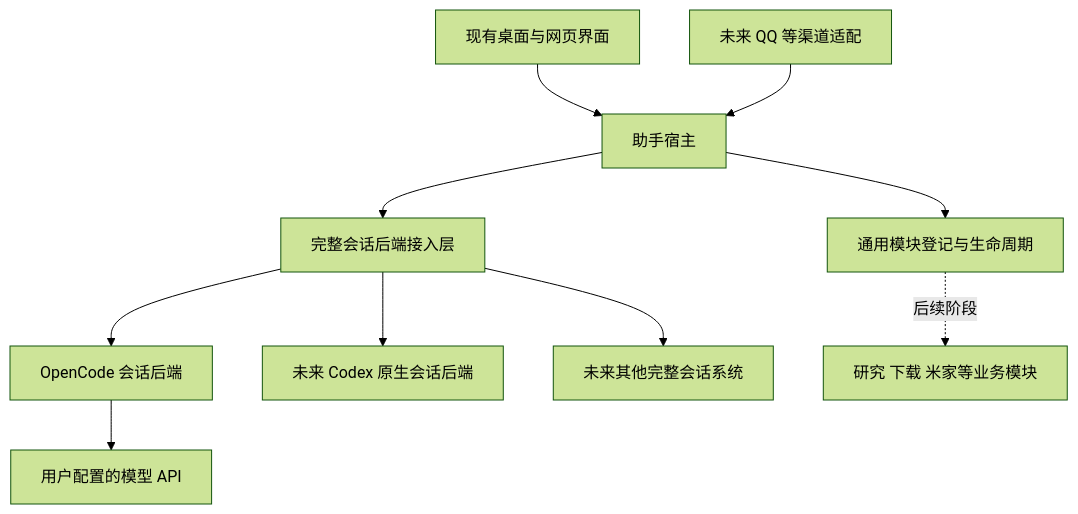
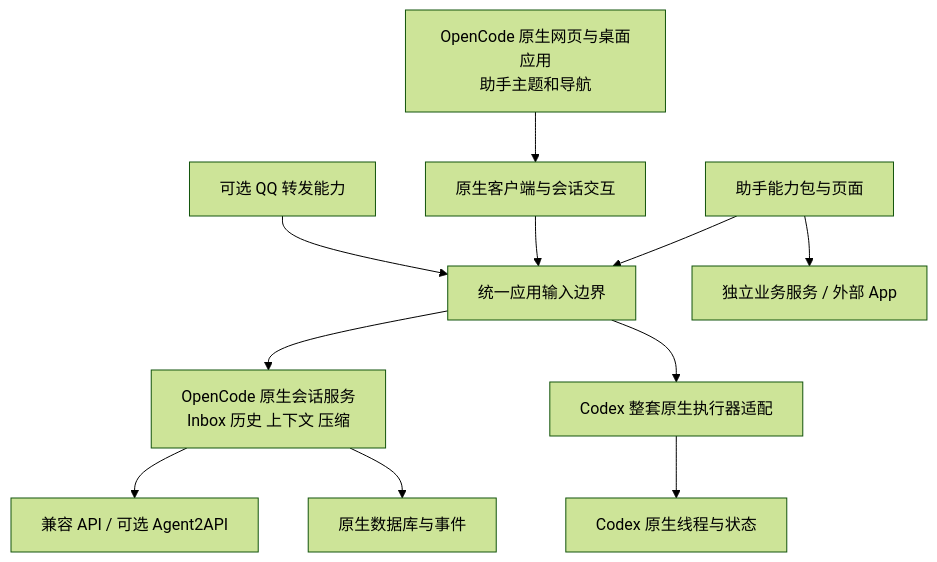
The diagram in docs/architecture/重构方案.md (Assumine/IM-Assistant), drawn with Mermaid (forest theme) before and after one commit. The commit also changed other lines of this file and 35 other files, not shown here.

Commit message:
Rebase architecture plan on the complete OpenCode application

````diff
--- a/docs/architecture/重构方案.md
+++ b/docs/architecture/重构方案.md
@@ -43,12 +39,13 @@
 ```mermaid
 flowchart TB
-    UI[现有桌面与网页界面] --> HOST[助手宿主]
-    CHANNEL[未来 QQ 等渠道适配] --> HOST
-    HOST --> GATE[完整会话后端接入层]
-    GATE --> OC[OpenCode 会话后端]
-    GATE --> CX[未来 Codex 原生会话后端]
-    GATE --> OTHER[未来其他完整会话系统]
-    OC --> API[用户配置的模型 API]
-    HOST --> REG[通用模块登记与生命周期]
-    REG -. 后续阶段 .-> BUSINESS[研究 下载 米家等业务模块]
+    GUI[OpenCode 原生网页与桌面应用\n助手主题和导航] --> CLIENT[原生客户端与会话交互]
+    QQ[可选 QQ 转发能力] --> ENTRY[统一应用输入边界]
+    CLIENT --> ENTRY
+    ENTRY --> OC[OpenCode 原生会话服务\nInbox 历史 上下文 压缩]
+    OC --> API[兼容 API / 可选 Agent2API]
+    ENTRY --> CX[Codex 整套原生执行器适配]
+    OC --> NATIVE[原生数据库与事件]
+    CX --> CDATA[Codex 原生线程与状态]
+    EXT[助手能力包与页面] --> ENTRY
+    EXT --> SERVICE[独立业务服务 / 外部 App]
 ```
````
